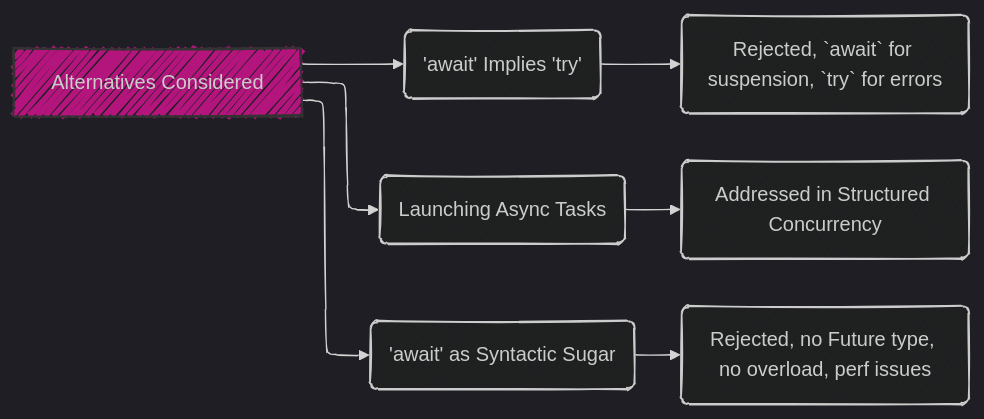
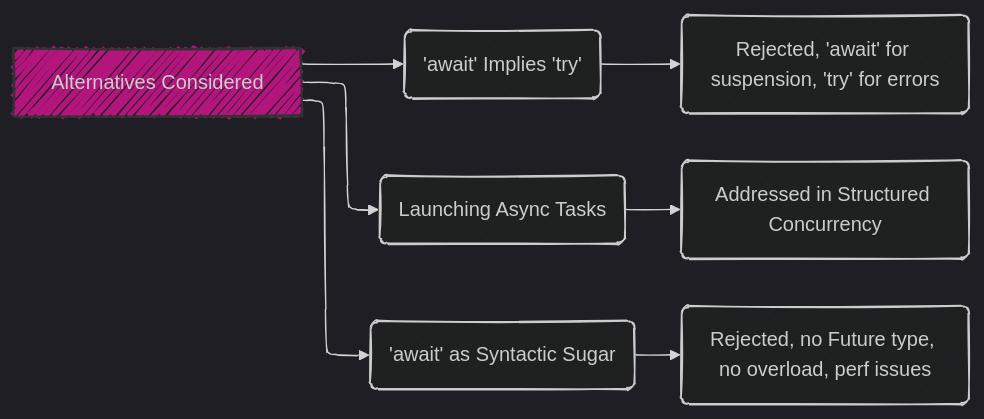
One commit to CongLeSolutionX/iOS-development-vault changed the fifth of 5 diagrams in Swift_Language/Async-Await.md. Above: the diagram before and after it, drawn with Mermaid. The commit also changed other lines of this file, not shown here.

````diff
--- a/Swift_Language/Async-Await.md
+++ b/Swift_Language/Async-Await.md
@@ -189,20 +193,20 @@
 ```mermaid
 ---
 config:
   layout: elk
   look: handDrawn
   theme: dark
 ---
 graph LR
     A[Alternatives Considered] --> B(" 'await' Implies 'try' ");
-    B --> C(Rejected, `await` for suspension, `try` for errors);
+    B --> C("Rejected, 'await' for suspension, 'try' for errors");
     
     A --> D(Launching Async Tasks);
      D --> E(Addressed in Structured Concurrency);
 
     A --> F(" 'await' as Syntactic Sugar");
     F --> G("Rejected, no Future type, no overload, perf issues");
 
 style A fill:#f1aa,stroke:#333,stroke-width:1.5px;
 
 ```
````
